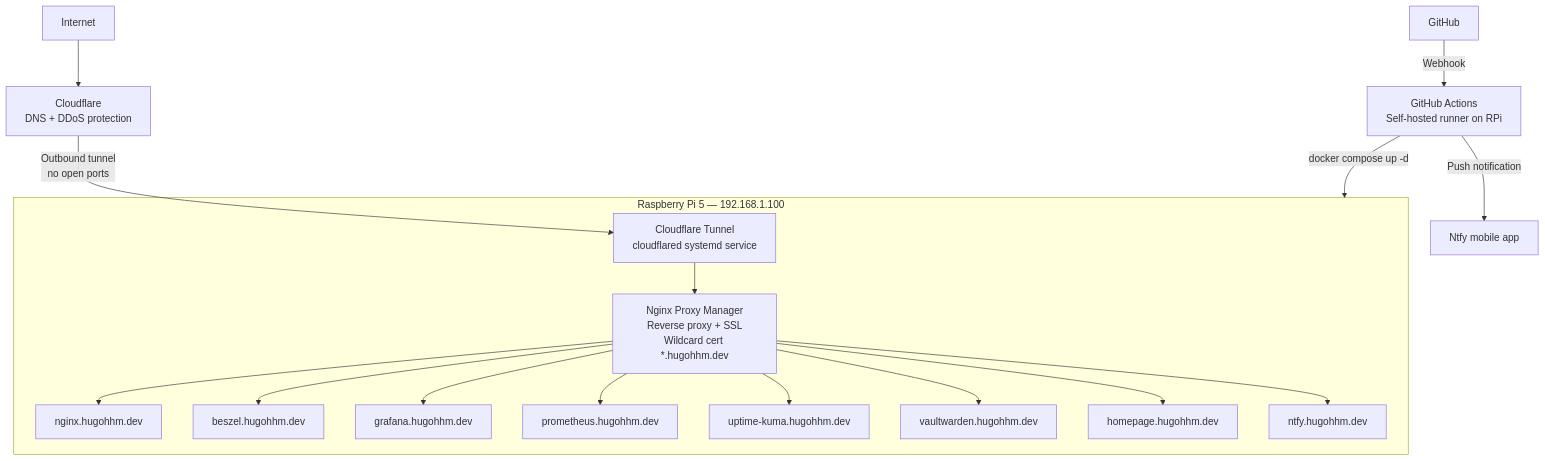
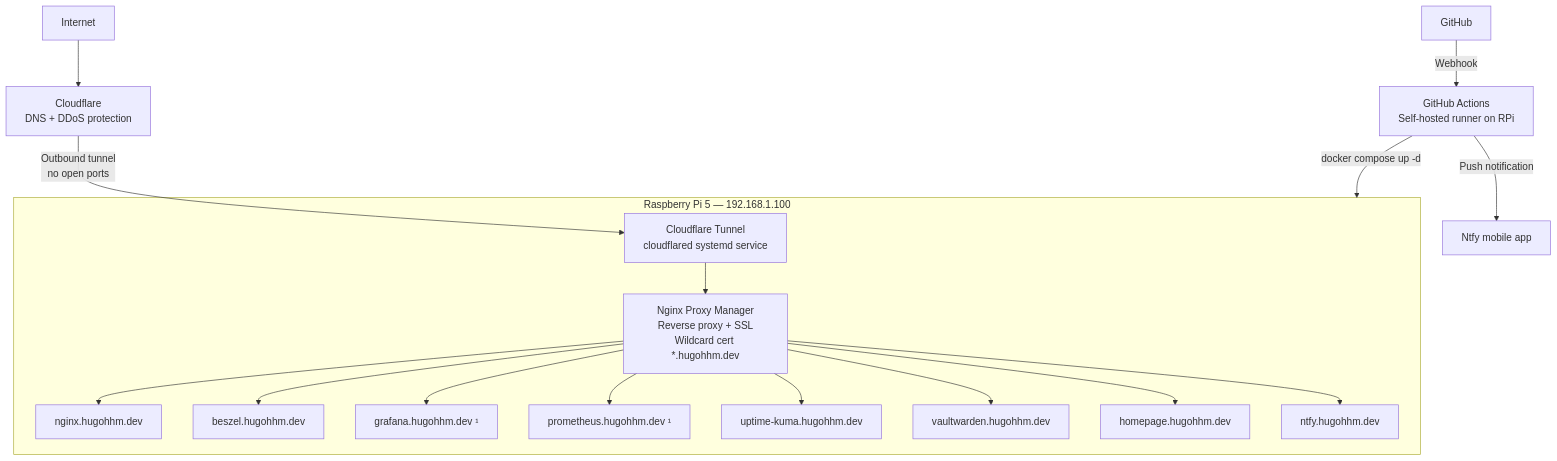
One commit to HuguitoH/Homelab changed the first of 7 diagrams in README.md. Above: the diagram before and after it, drawn with Mermaid. The commit also changed other lines of this file and 1 other file, not shown here.

````diff
--- a/README.md
+++ b/README.md
@@ -95,32 +95,32 @@
 ```mermaid
 flowchart TD
     Internet["Internet"] --> CF["Cloudflare\nDNS + DDoS protection"]
     CF --> |"Outbound tunnel\nno open ports"| CFT["Cloudflare Tunnel\ncloudflared systemd service"]
     CFT --> NPM["Nginx Proxy Manager\nReverse proxy + SSL\nWildcard cert *.hugohhm.dev"]
 
     NPM --> nginx["nginx.hugohhm.dev"]
     NPM --> beszel["beszel.hugohhm.dev"]
-    NPM --> grafana["grafana.hugohhm.dev"]
-    NPM --> prometheus["prometheus.hugohhm.dev"]
+    NPM --> grafana["grafana.hugohhm.dev ¹"]
+    NPM --> prometheus["prometheus.hugohhm.dev ¹"]
     NPM --> uptime["uptime-kuma.hugohhm.dev"]
     NPM --> vault["vaultwarden.hugohhm.dev"]
     NPM --> home["homepage.hugohhm.dev"]
     NPM --> ntfy["ntfy.hugohhm.dev"]
 
     subgraph RPi["Raspberry Pi 5 — 192.168.1.100"]
         CFT
         NPM
         nginx
         beszel
         grafana
         prometheus
         uptime
         vault
         home
         ntfy
     end
 
     GitHub["GitHub"] --> |"Webhook"| Runner["GitHub Actions\nSelf-hosted runner on RPi"]
     Runner --> |"docker compose up -d"| RPi
     Runner --> |"Push notification"| Mobile["Ntfy mobile app"]
 ```
````
